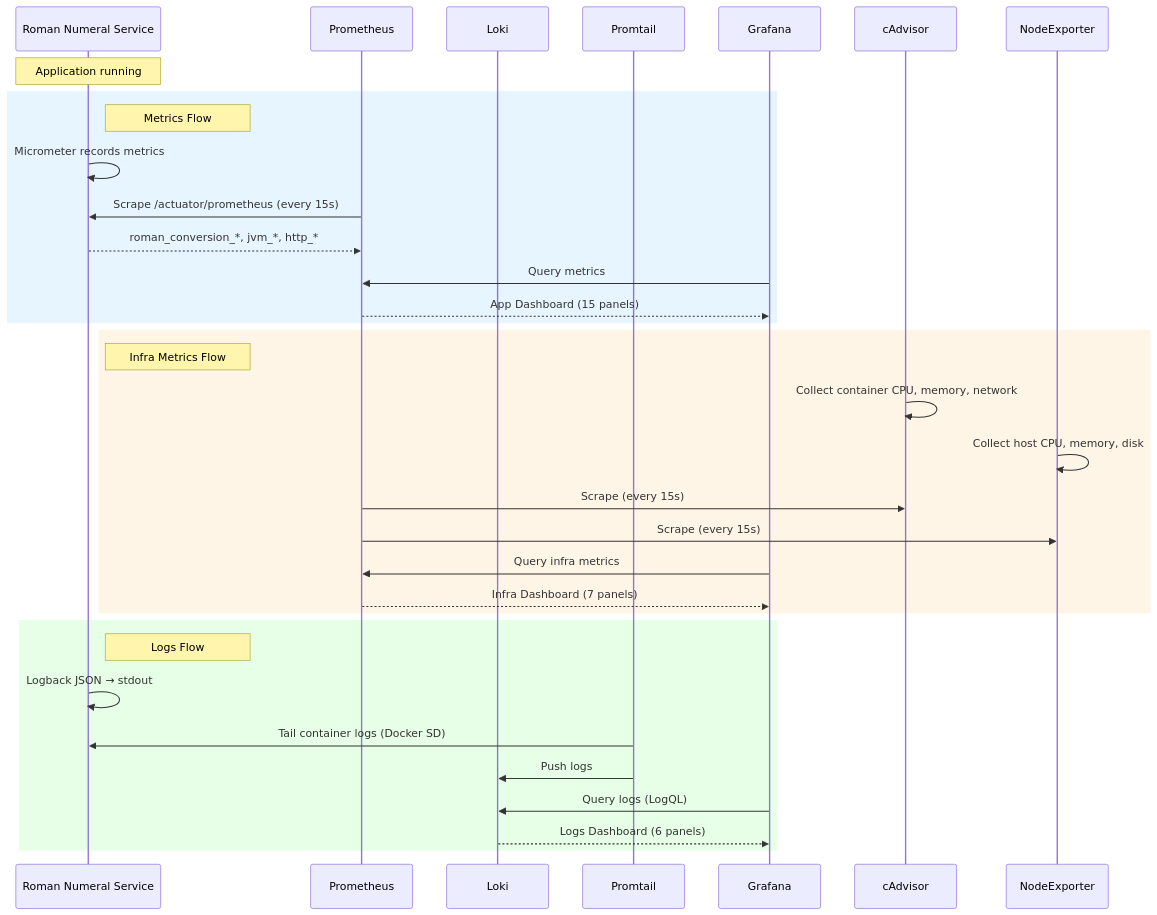
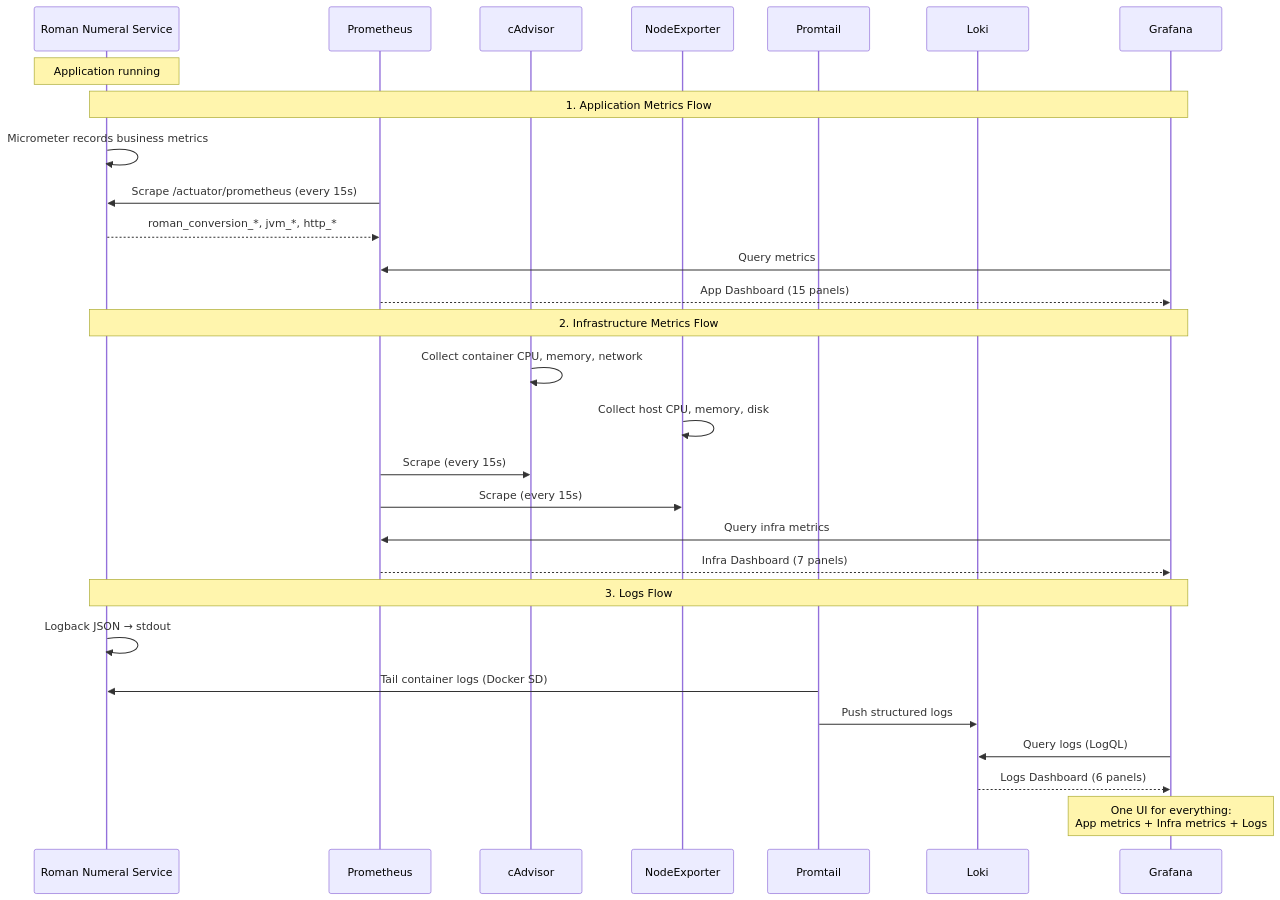
One commit to dhinupriya/roman-numeral-service changed the seventh of 7 diagrams in docs/sequence-diagrams.md. Above: the diagram before and after it, drawn with Mermaid.

Commit message:
docs: fix observability diagram — clean style, no colored backgrounds

````diff
--- a/docs/sequence-diagrams.md
+++ b/docs/sequence-diagrams.md
@@ -224,40 +224,36 @@
 ```mermaid
 sequenceDiagram
     participant App as Roman Numeral Service
     participant Prometheus
-    participant Loki
-    participant Promtail
-    participant Grafana
     participant cAdvisor
     participant NodeExporter
+    participant Promtail
+    participant Loki
+    participant Grafana
 
     Note over App: Application running
-    
-    rect rgb(230, 245, 255)
-        Note right of App: Metrics Flow
-        App->>App: Micrometer records metrics
-        Prometheus->>App: Scrape /actuator/prometheus (every 15s)
-        App-->>Prometheus: roman_conversion_*, jvm_*, http_*
-        Grafana->>Prometheus: Query metrics
-        Prometheus-->>Grafana: App Dashboard (15 panels)
-    end
 
-    rect rgb(255, 245, 230)
-        Note right of App: Infra Metrics Flow
-        cAdvisor->>cAdvisor: Collect container CPU, memory, network
-        NodeExporter->>NodeExporter: Collect host CPU, memory, disk
-        Prometheus->>cAdvisor: Scrape (every 15s)
-        Prometheus->>NodeExporter: Scrape (every 15s)
-        Grafana->>Prometheus: Query infra metrics
-        Prometheus-->>Grafana: Infra Dashboard (7 panels)
-    end
+    Note over App, Grafana: 1. Application Metrics Flow
+    App->>App: Micrometer records business metrics
+    Prometheus->>App: Scrape /actuator/prometheus (every 15s)
+    App-->>Prometheus: roman_conversion_*, jvm_*, http_*
+    Grafana->>Prometheus: Query metrics
+    Prometheus-->>Grafana: App Dashboard (15 panels)
 
-    rect rgb(230, 255, 230)
-        Note right of App: Logs Flow
-        App->>App: Logback JSON → stdout
-        Promtail->>App: Tail container logs (Docker SD)
-        Promtail->>Loki: Push logs
-        Grafana->>Loki: Query logs (LogQL)
-        Loki-->>Grafana: Logs Dashboard (6 panels)
-    end
+    Note over App, Grafana: 2. Infrastructure Metrics Flow
+    cAdvisor->>cAdvisor: Collect container CPU, memory, network
+    NodeExporter->>NodeExporter: Collect host CPU, memory, disk
+    Prometheus->>cAdvisor: Scrape (every 15s)
+    Prometheus->>NodeExporter: Scrape (every 15s)
+    Grafana->>Prometheus: Query infra metrics
+    Prometheus-->>Grafana: Infra Dashboard (7 panels)
+
+    Note over App, Grafana: 3. Logs Flow
+    App->>App: Logback JSON → stdout
+    Promtail->>App: Tail container logs (Docker SD)
+    Promtail->>Loki: Push structured logs
+    Grafana->>Loki: Query logs (LogQL)
+    Loki-->>Grafana: Logs Dashboard (6 panels)
+
+    Note over Grafana: One UI for everything:<br/>App metrics + Infra metrics + Logs
 ```
````
